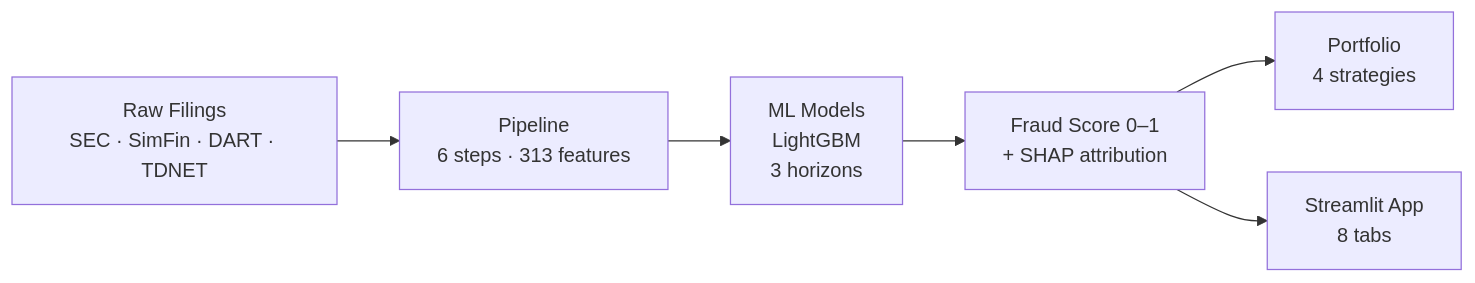
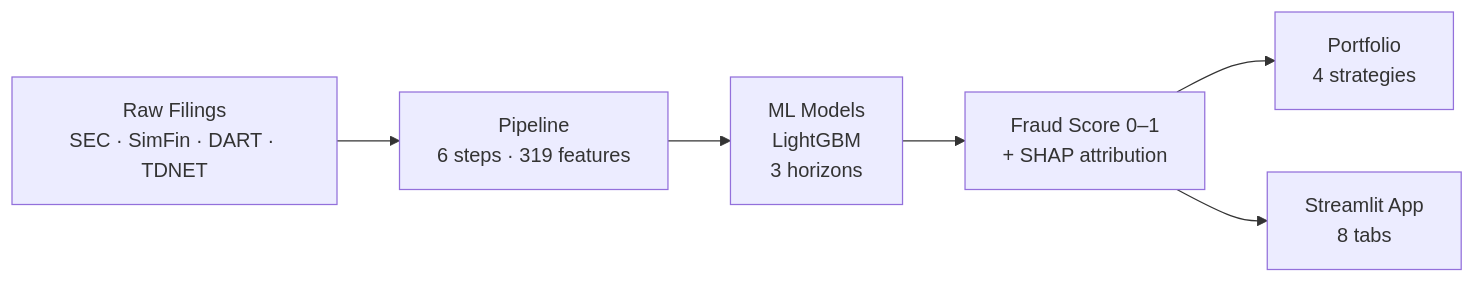
Before and after one commit to sherlock718/stock-fraud-screener: the diagram in docs/index.md, drawn with Mermaid. The commit also changed other lines of this file and 9 other files, not shown here.

````diff
--- a/docs/index.md
+++ b/docs/index.md
@@ -68,8 +68,8 @@
 ```mermaid
 graph LR
-    A[Raw Filings<br/>SEC · SimFin · DART · TDNET] --> B[Pipeline<br/>6 steps · 313 features]
+    A[Raw Filings<br/>SEC · SimFin · DART · TDNET] --> B[Pipeline<br/>6 steps · 319 features]
     B --> C[ML Models<br/>LightGBM<br/>3 horizons]
     C --> D[Fraud Score 0–1<br/>+ SHAP attribution]
     D --> E[Portfolio<br/>4 strategies]
     D --> F[Streamlit App<br/>8 tabs]
 ```
````
